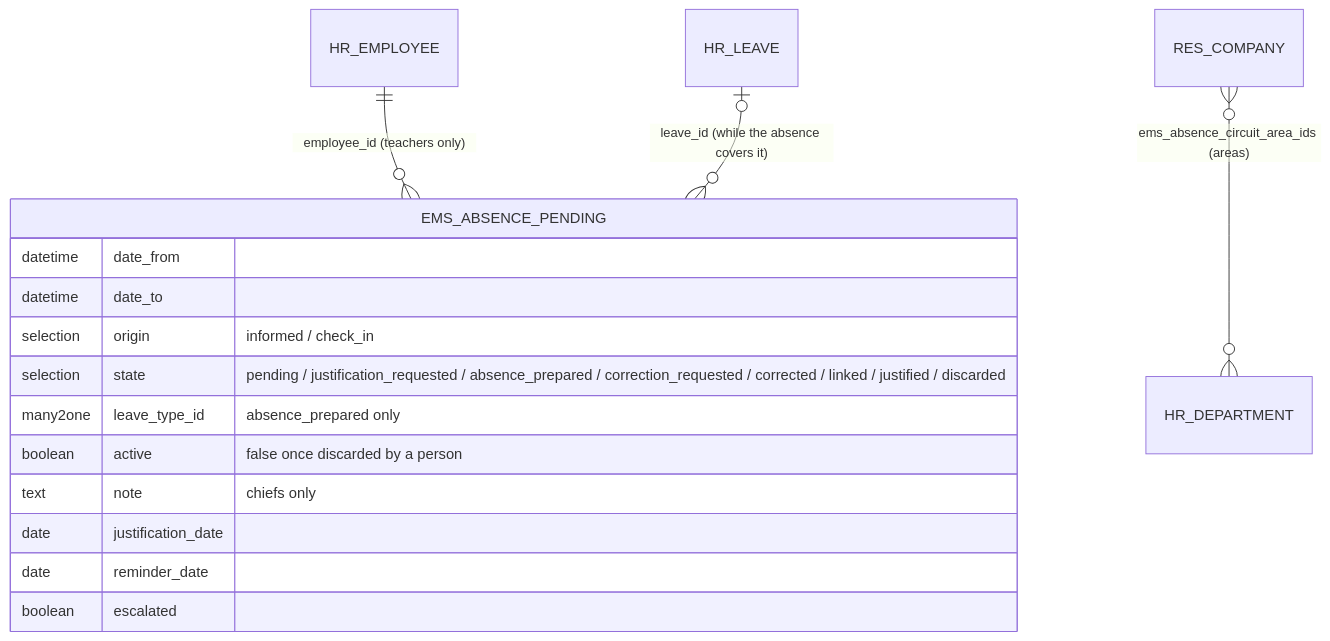
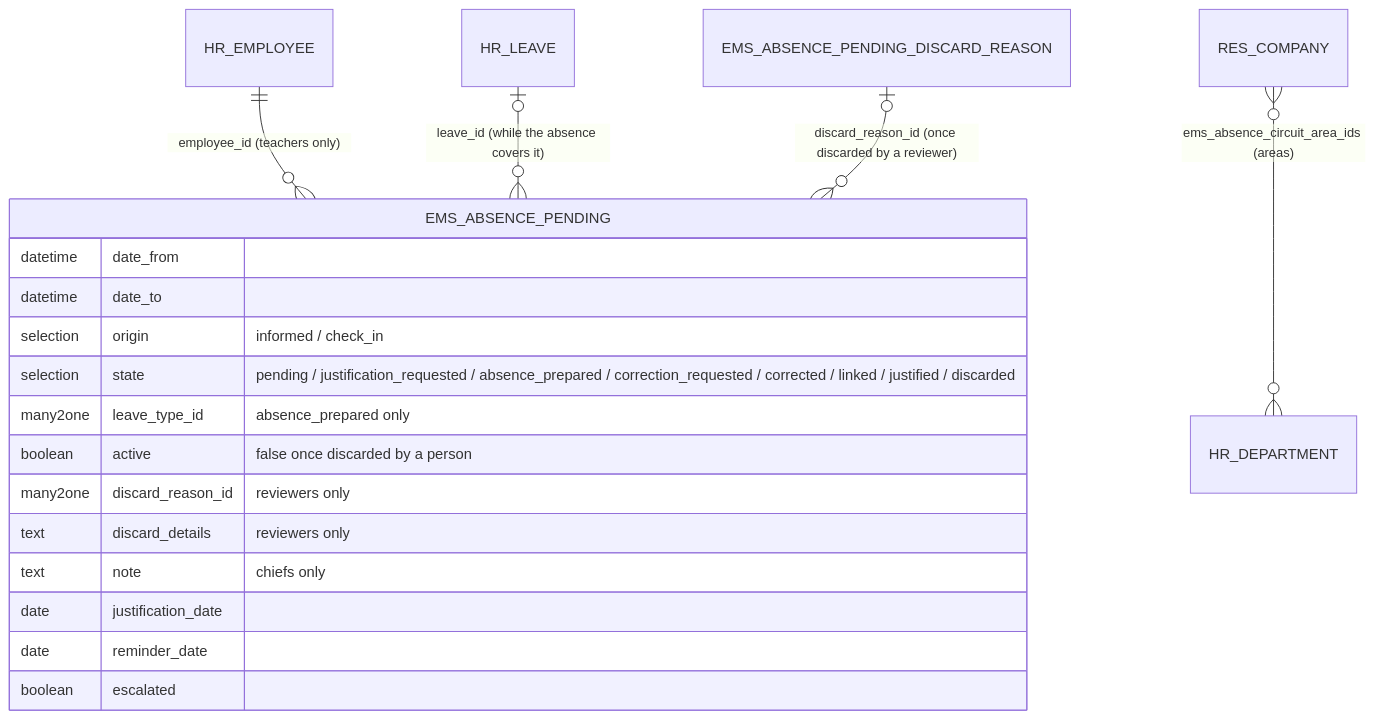
One commit to ElPuig/EMS changed the fifth of 11 diagrams in docs/en/developers/employees/absence.md. Above: the diagram before and after it, drawn with Mermaid. The commit also changed other lines of this file and 300 other files, not shown here.

````diff
--- a/docs/en/developers/employees/absence.md
+++ b/docs/en/developers/employees/absence.md
@@ -753,18 +753,21 @@
 ```mermaid
 erDiagram
     HR_EMPLOYEE ||--o{ EMS_ABSENCE_PENDING : "employee_id (teachers only)"
     HR_LEAVE |o--o{ EMS_ABSENCE_PENDING : "leave_id (while the absence covers it)"
     RES_COMPANY }o--o{ HR_DEPARTMENT : "ems_absence_circuit_area_ids (areas)"
+    EMS_ABSENCE_PENDING_DISCARD_REASON |o--o{ EMS_ABSENCE_PENDING : "discard_reason_id (once discarded by a reviewer)"
     EMS_ABSENCE_PENDING {
         datetime date_from
         datetime date_to
         selection origin "informed / check_in"
         selection state "pending / justification_requested / absence_prepared / correction_requested / corrected / linked / justified / discarded"
         many2one leave_type_id "absence_prepared only"
         boolean active "false once discarded by a person"
+        many2one discard_reason_id "reviewers only"
+        text discard_details "reviewers only"
         text note "chiefs only"
         date justification_date
         date reminder_date
         boolean escalated
     }
 ```
````
